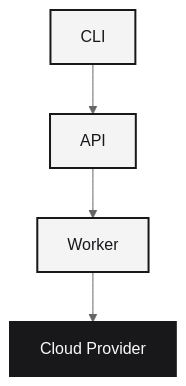
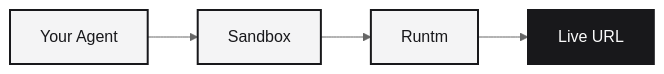
One commit to DynamicExploit/runtm changed the diagram in docs/introduction.mdx. Above: the diagram before and after it, drawn with Mermaid (neutral theme). The commit also changed other lines of this file and 15 other files, not shown here.

````diff
--- a/docs/introduction.mdx
+++ b/docs/introduction.mdx
@@ -39,9 +41,9 @@
 ```mermaid
-flowchart TB
-    CLI[CLI] --> API[API] --> Worker[Worker] --> Cloud[Cloud Provider]
+flowchart LR
+    Agent[Your Agent] --> Sandbox[Sandbox] --> Runtm[Runtm] --> URL[Live URL]
     
-    style CLI fill:#f4f4f5,stroke:#18181b,stroke-width:2px,color:#18181b
-    style API fill:#f4f4f5,stroke:#18181b,stroke-width:2px,color:#18181b
-    style Worker fill:#f4f4f5,stroke:#18181b,stroke-width:2px,color:#18181b
-    style Cloud fill:#18181b,stroke:#18181b,stroke-width:2px,color:#fafafa
+    style Agent fill:#f4f4f5,stroke:#18181b,stroke-width:2px,color:#18181b
+    style Sandbox fill:#f4f4f5,stroke:#18181b,stroke-width:2px,color:#18181b
+    style Runtm fill:#f4f4f5,stroke:#18181b,stroke-width:2px,color:#18181b
+    style URL fill:#18181b,stroke:#18181b,stroke-width:2px,color:#fafafa
 ```
````
